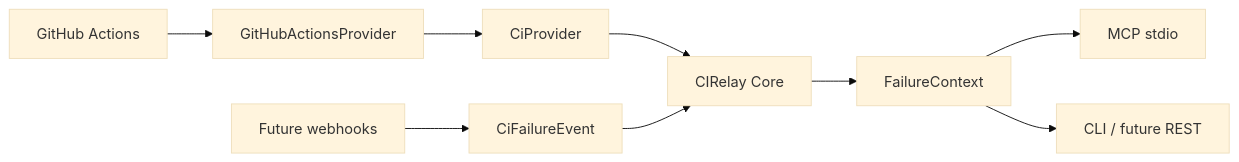
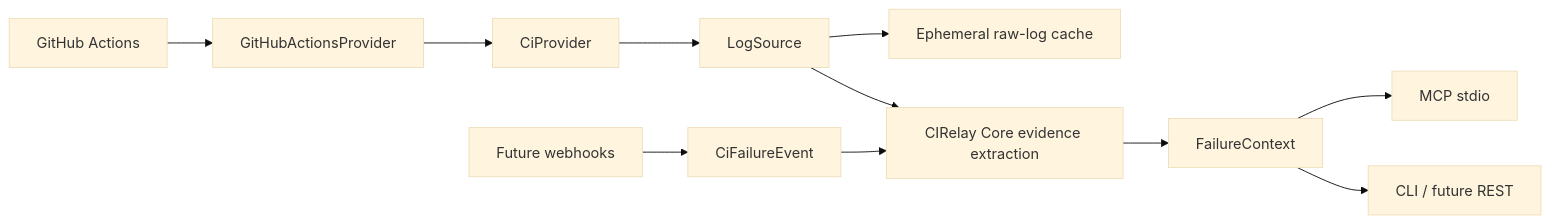
The diagram in docs/architecture.md (WaterMelonKnight/CIRelay), drawn with Mermaid (base theme) before and after one commit. The commit also changed other lines of this file and 9 other files, not shown here.

Commit message:
Add cached provider-neutral log source

````diff
--- a/docs/architecture.md
+++ b/docs/architecture.md
@@ -7,10 +7,12 @@
 ```mermaid
 flowchart LR
   GH[GitHub Actions] --> GHP[GitHubActionsProvider]
   GHP --> P[CiProvider]
-  P --> Core[CIRelay Core]
+  P --> LS[LogSource]
+  LS --> Cache[Ephemeral raw-log cache]
+  LS --> Core[CIRelay Core evidence extraction]
   Core --> FC[FailureContext]
   FC --> MCP[MCP stdio]
   FC --> CLI[CLI / future REST]
   WH[Future webhooks] --> EVT[CiFailureEvent] --> Core
 ```
````
